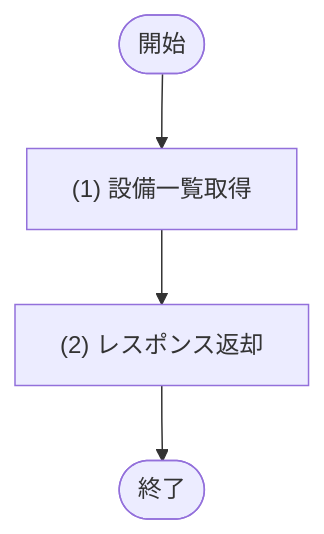
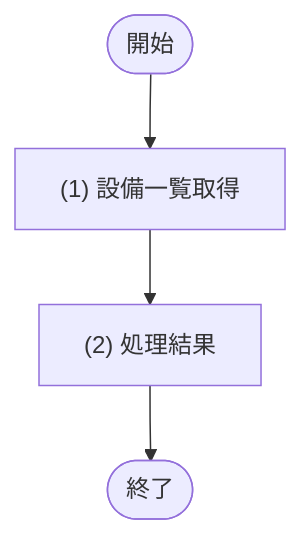
The diagram in docs/02_機能設計/03_API設計/API-009_設備一覧取得.md (sikakou54/system-document-template), drawn with Mermaid before and after one commit. The commit also changed other lines of this file and 22 other files, not shown here.

````diff
--- a/docs/02_機能設計/03_API設計/API-009_設備一覧取得.md
+++ b/docs/02_機能設計/03_API設計/API-009_設備一覧取得.md
@@ -38,9 +38,9 @@
 ```mermaid
 flowchart TD
   Start([開始])
   P1["(1) 設備一覧取得"]
-  P2["(2) レスポンス返却"]
+  P2["(2) 処理結果"]
   End([終了])
 
   Start --> P1 --> P2 --> End
 ```
````
